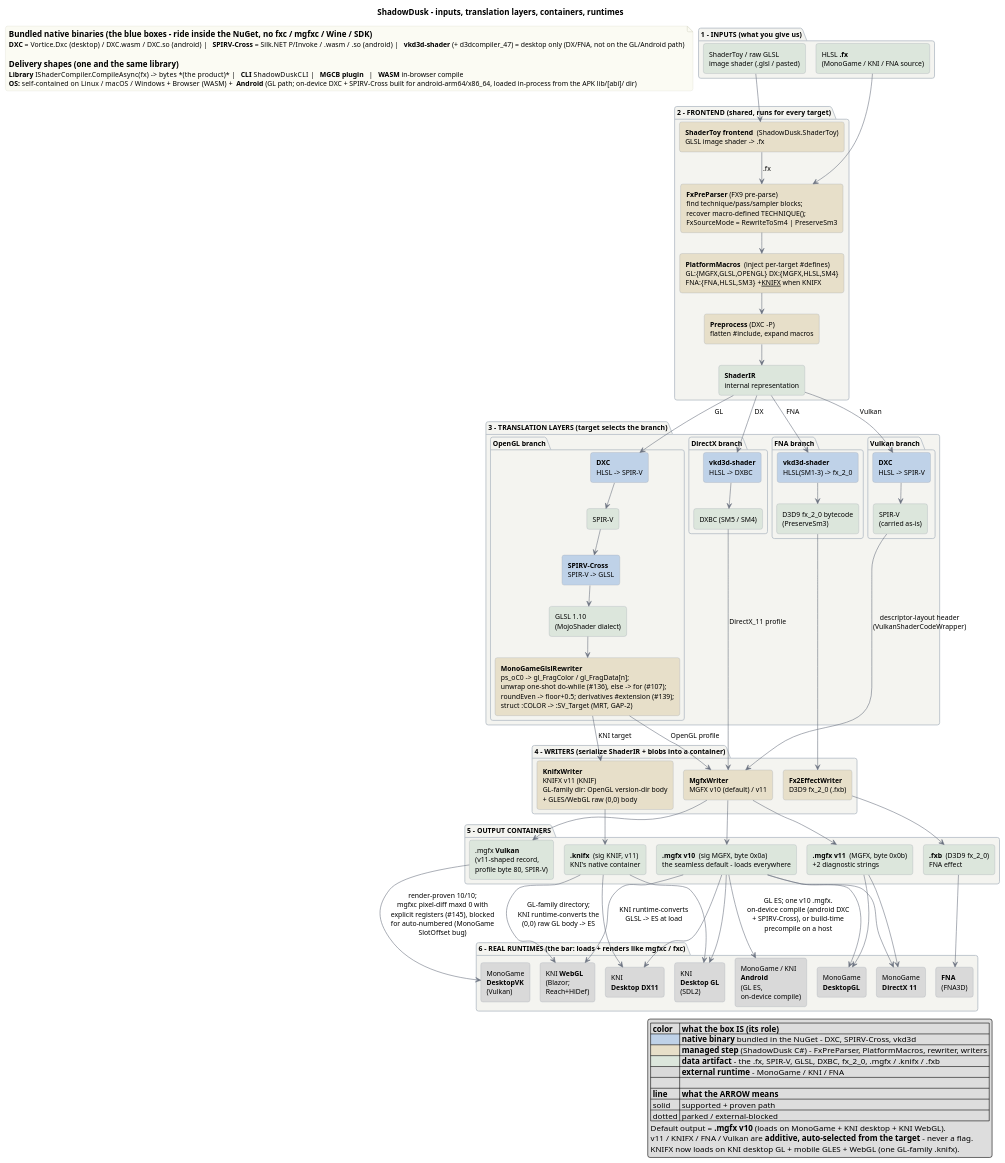
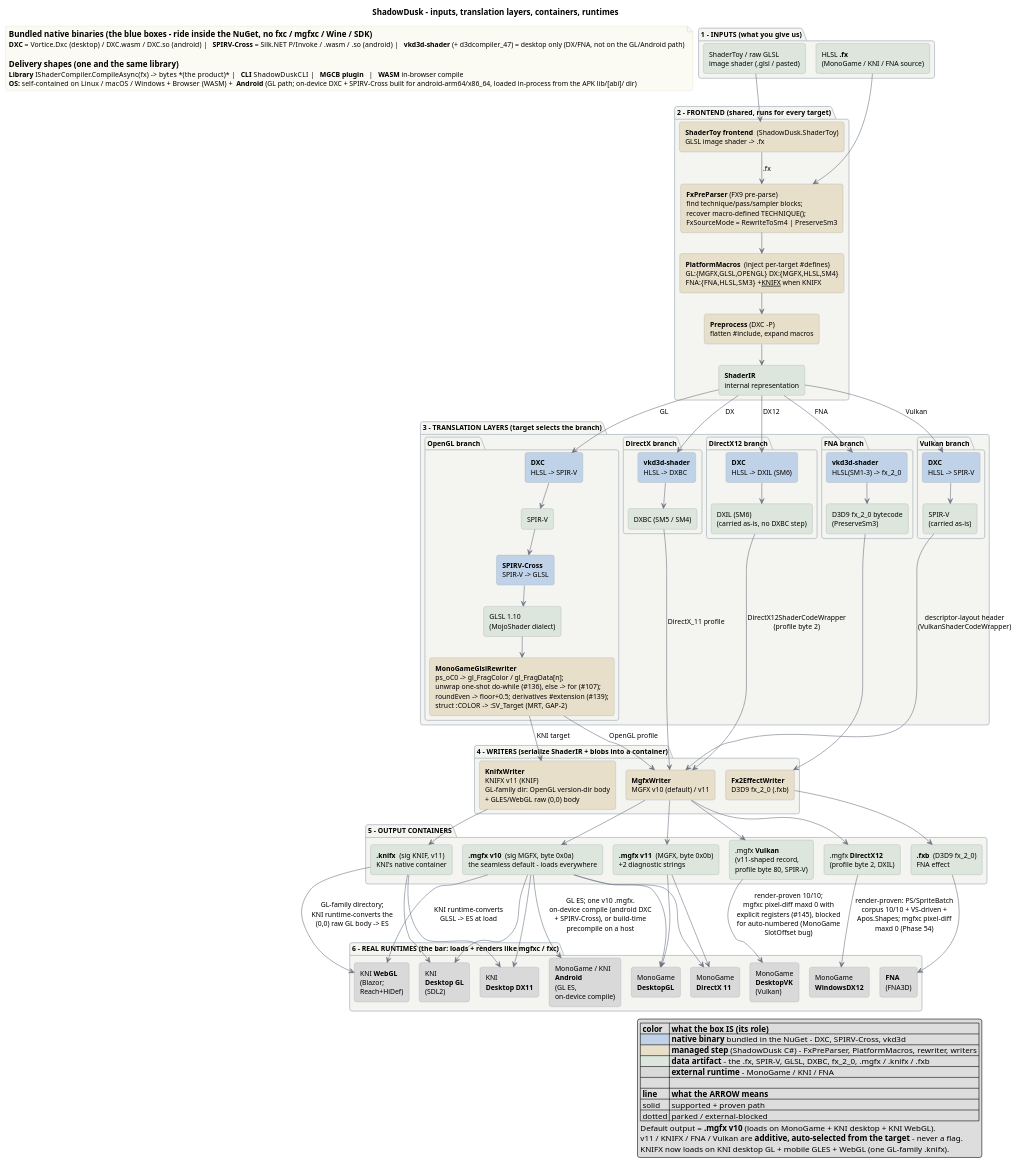
One commit to kaltinril/ShadowDusk changed the diagram in docs/pipeline-overview.puml. Above: the diagram before and after it, drawn with PlantUML. The commit also changed 1 other file, not shown here.

Commit message:
Add DirectX12 branch to the pipeline flow-chart diagram
The DX12 backend (Phase 54) was missing from docs/pipeline-overview.puml
per the support-surface docs rule (a new backend/target/container is a
triggering change). Adds the DirectX12 translation-layer branch (DXC ->
DXIL, no DXBC step), the .mgfx DirectX12 output container, and the
MonoGame WindowsDX12 runtime box, then regenerates
docfx/images/pipeline-overview.svg from the updated source.

```diff
--- a/docs/pipeline-overview.puml
+++ b/docs/pipeline-overview.puml
@@ -1,176 +1,188 @@
 @startuml pipeline-overview
 !pragma layout smetana
 ' ShadowDusk - full compile pipeline: inputs -> frontend -> per-target backends ->
 ' writers -> containers -> real runtimes (and the OS / delivery shapes).
 ' Render: VS Code PlantUML extension (Alt+D), or `plantuml docs/pipeline-overview.puml`.
 ' Uses Smetana layout so it renders without Graphviz; install Graphviz + drop the
 ' !pragma line above for a tidier `dot` layout.
 '
 ' COLOR = ROLE of the box (see the legend), consistent across every layer:
 '   #BFD2E8 blue  = bundled NATIVE binary (DXC / SPIRV-Cross / vkd3d)
 '   #E7DFC9 tan   = ShadowDusk MANAGED step (our C#: parser, macros, rewriter, writers)
 '   #DCE6DC sage  = DATA artifact (the bytes between steps + the input/output files)
 '   #D9D9D9 gray  = EXTERNAL runtime (MonoGame / KNI / FNA)
 ' Package boxes just group by pipeline LAYER and are kept neutral so the role colors read.
 
 title ShadowDusk - inputs, translation layers, containers, runtimes
 
 skinparam shadowing false
 skinparam roundCorner 8
 skinparam ArrowColor #6b7280
 skinparam defaultFontName "Segoe UI"
 skinparam defaultFontSize 12
 skinparam rectangle {
   BorderColor #9aa3ad
 }
 skinparam package {
   BackgroundColor #F4F4F0
   BorderColor #b8c0c8
   FontStyle bold
 }
 skinparam note {
   BackgroundColor #FBFBF3
   BorderColor #d8d8c8
 }
 
 ' ===== 1. INPUTS =====
 package "1 - INPUTS  (what you give us)" {
   rectangle "HLSL **.fx**\n(MonoGame / KNI / FNA source)" as FX #DCE6DC
   rectangle "ShaderToy / raw GLSL\nimage shader (.glsl / pasted)" as GLSLIN #DCE6DC
 }
 
 ' ===== 2. FRONTEND (shared) =====
 package "2 - FRONTEND  (shared, runs for every target)" {
   rectangle "**ShaderToy frontend**  (ShadowDusk.ShaderToy)\nGLSL image shader -> .fx" as STOY #E7DFC9
   rectangle "**FxPreParser** (FX9 pre-parse)\nfind technique/pass/sampler blocks;\nrecover macro-defined TECHNIQUE();\nFxSourceMode = RewriteToSm4 | PreserveSm3" as PRE #E7DFC9
   rectangle "**PlatformMacros**  (inject per-target #defines)\nGL:{MGFX,GLSL,OPENGL}  DX:{MGFX,HLSL,SM4}\nFNA:{FNA,HLSL,SM3}   +__KNIFX__ when KNIFX" as MAC #E7DFC9
   rectangle "**Preprocess** (DXC -P)\nflatten #include, expand macros" as PP #E7DFC9
   rectangle "**ShaderIR**\ninternal representation" as IR #DCE6DC
 }
 
 ' ===== 3. TRANSLATION LAYERS (tools inlined per branch) =====
 package "3 - TRANSLATION LAYERS  (target selects the branch)" {
 
   package "OpenGL branch" {
     rectangle "**DXC**\nHLSL -> SPIR-V" as GL_DXC #BFD2E8
     rectangle "SPIR-V" as GL_SPV #DCE6DC
     rectangle "**SPIRV-Cross**\nSPIR-V -> GLSL" as GL_SPVC #BFD2E8
     rectangle "GLSL 1.10\n(MojoShader dialect)" as GL_GLSL #DCE6DC
     rectangle "**MonoGameGlslRewriter**\nps_oC0 -> gl_FragColor / gl_FragData[n];\nunwrap one-shot do-while (#136), else -> for (#107);\nroundEven -> floor+0.5; derivatives #extension (#139);\nstruct :COLOR -> :SV_Target (MRT, GAP-2)" as GL_RW #E7DFC9
     GL_DXC -down-> GL_SPV
     GL_SPV -down-> GL_SPVC
     GL_SPVC -down-> GL_GLSL
     GL_GLSL -down-> GL_RW
   }
 
   package "DirectX branch" {
     rectangle "**vkd3d-shader**\nHLSL -> DXBC" as DX_VKD #BFD2E8
     rectangle "DXBC (SM5 / SM4)" as DX_DXBC #DCE6DC
     DX_VKD -down-> DX_DXBC
   }
 
+  package "DirectX12 branch" {
+    rectangle "**DXC**\nHLSL -> DXIL (SM6)" as DX12_DXC #BFD2E8
+    rectangle "DXIL (SM6)\n(carried as-is, no DXBC step)" as DX12_DXIL #DCE6DC
+    DX12_DXC -down-> DX12_DXIL
+  }
+
   package "FNA branch" {
     rectangle "**vkd3d-shader**\nHLSL(SM1-3) -> fx_2_0" as FNA_VKD #BFD2E8
     rectangle "D3D9 fx_2_0 bytecode\n(PreserveSm3)" as FNA_FX2 #DCE6DC
     FNA_VKD -down-> FNA_FX2
   }
 
   package "Vulkan branch" {
     rectangle "**DXC**\nHLSL -> SPIR-V" as VK_DXC #BFD2E8
     rectangle "SPIR-V\n(carried as-is)" as VK_SPV #DCE6DC
     VK_DXC -down-> VK_SPV
   }
 }
 
 ' ===== 4. WRITERS =====
 package "4 - WRITERS  (serialize ShaderIR + blobs into a container)" {
   rectangle "**MgfxWriter**\nMGFX v10 (default) / v11" as MGW #E7DFC9
   rectangle "**KnifxWriter**\nKNIFX v11 (KNIF)\nGL-family dir: OpenGL version-dir body\n+ GLES/WebGL raw (0,0) body" as KNW #E7DFC9
   rectangle "**Fx2EffectWriter**\nD3D9 fx_2_0 (.fxb)" as FXW #E7DFC9
 }
 
 ' ===== 5. OUTPUT CONTAINERS =====
 package "5 - OUTPUT CONTAINERS" {
   rectangle "**.mgfx v10**  (sig MGFX, byte 0x0a)\nthe seamless default - loads everywhere" as O_MGFX10 #DCE6DC
   rectangle "**.mgfx v11**  (MGFX, byte 0x0b)\n+2 diagnostic strings" as O_MGFX11 #DCE6DC
   rectangle "**.knifx**  (sig KNIF, v11)\nKNI's native container" as O_KNIFX #DCE6DC
   rectangle "**.fxb**  (D3D9 fx_2_0)\nFNA effect" as O_FXB #DCE6DC
   rectangle ".mgfx **Vulkan**\n(v11-shaped record,\nprofile byte 80, SPIR-V)" as O_MGFXVK #DCE6DC
+  rectangle ".mgfx **DirectX12**\n(profile byte 2, DXIL)" as O_MGFXDX12 #DCE6DC
 }
 
 ' ===== 6. REAL RUNTIMES =====
 package "6 - REAL RUNTIMES  (the bar: loads + renders like mgfxc / fxc)" {
   rectangle "KNI **WebGL**\n(Blazor;\nReach+HiDef)" as R_KNIWEB #D9D9D9
   rectangle "KNI\n**Desktop GL**\n(SDL2)" as R_KNIGL #D9D9D9
   rectangle "KNI\n**Desktop DX11**" as R_KNIDX #D9D9D9
   rectangle "MonoGame\n**DesktopGL**" as R_MGGL #D9D9D9
   rectangle "MonoGame\n**DirectX 11**" as R_MGDX #D9D9D9
+  rectangle "MonoGame\n**WindowsDX12**" as R_MGDX12 #D9D9D9
   rectangle "MonoGame\n**DesktopVK**\n(Vulkan)" as R_MGVK #D9D9D9
   rectangle "**FNA**\n(FNA3D)" as R_FNA #D9D9D9
   rectangle "MonoGame / KNI\n**Android**\n(GL ES,\non-device compile)" as R_ANDROID #D9D9D9
 }
 
 ' ===== FLOWS =====
 GLSLIN --> STOY
 STOY --> PRE : ".fx"
 FX --> PRE
 PRE --> MAC
 MAC --> PP
 PP --> IR
 
 IR --> GL_DXC : "GL"
 IR --> DX_VKD : "DX"
+IR --> DX12_DXC : "DX12"
 IR --> FNA_VKD : "FNA"
 IR --> VK_DXC : "Vulkan"
 
 GL_RW --> MGW : "OpenGL profile"
 GL_RW --> KNW : "KNI target"
 DX_DXBC --> MGW : "DirectX_11 profile"
+DX12_DXIL --> MGW : "DirectX12ShaderCodeWrapper\n(profile byte 2)"
 FNA_FX2 --> FXW
 VK_SPV --> MGW : "descriptor-layout header\n(VulkanShaderCodeWrapper)"
 
 MGW --> O_MGFX10
 MGW --> O_MGFX11
 MGW --> O_MGFXVK
+MGW --> O_MGFXDX12
 KNW --> O_KNIFX
 FXW --> O_FXB
 
 O_MGFX10 --> R_MGGL
 O_MGFX10 --> R_MGDX
 O_MGFX10 --> R_KNIGL
 O_MGFX10 --> R_KNIDX
 O_MGFX10 --> R_KNIWEB : "KNI runtime-converts\nGLSL -> ES at load"
 O_MGFX11 --> R_MGGL
 O_MGFX11 --> R_MGDX
 O_KNIFX --> R_KNIGL
 O_KNIFX --> R_KNIDX
 O_KNIFX --> R_KNIWEB : "GL-family directory;\nKNI runtime-converts the\n(0,0) raw GL body -> ES"
 O_FXB --> R_FNA
 O_MGFXVK --> R_MGVK : "render-proven 10/10;\nmgfxc pixel-diff maxd 0 with\nexplicit registers (#145), blocked\nfor auto-numbered (MonoGame\nSlotOffset bug)"
+O_MGFXDX12 --> R_MGDX12 : "render-proven: PS/SpriteBatch\ncorpus 10/10 + VS-driven +\nApos.Shapes; mgfxc pixel-diff\nmaxd 0 (Phase 54)"
 O_MGFX10 --> R_ANDROID : "GL ES; one v10 .mgfx.\non-device compile (android DXC\n+ SPIRV-Cross), or build-time\nprecompile on a host"
 
 note as N1
 == Bundled native binaries (the blue boxes - ride inside the NuGet, no fxc / mgfxc / Wine / SDK)
 **DXC** = Vortice.Dxc (desktop) / DXC.wasm / DXC.so (android)   |   **SPIRV-Cross** = Silk.NET P/Invoke / .wasm / .so (android)   |   **vkd3d-shader** (+ d3dcompiler_47) = desktop only (DX/FNA, not on the GL/Android path)
 
 == Delivery shapes (one and the same library)
 **Library** IShaderCompiler.CompileAsync(fx) -> bytes  *(the product)*   |   **CLI** ShadowDuskCLI   |   **MGCB plugin**   |   **WASM** in-browser compile
 **OS:** self-contained on Linux / macOS / Windows  +  Browser (WASM)  +  **Android** (GL path; on-device DXC + SPIRV-Cross built for android-arm64/x86_64, loaded in-process from the APK lib/[abi]/ dir)
 end note
 
 legend right
   |= color |= what the box IS (its role) |
   |<#BFD2E8>          | **native binary** bundled in the NuGet - DXC, SPIRV-Cross, vkd3d |
   |<#E7DFC9>          | **managed step** (ShadowDusk C#) - FxPreParser, PlatformMacros, rewriter, writers |
   |<#DCE6DC>          | **data artifact** - the .fx, SPIR-V, GLSL, DXBC, fx_2_0, .mgfx / .knifx / .fxb |
   |<#D9D9D9>          | **external runtime** - MonoGame / KNI / FNA |
   |          |          |
   |= line |= what the ARROW means |
   | solid | supported + proven path |
   | dotted | parked / external-blocked |
   Default output = **.mgfx v10** (loads on MonoGame + KNI desktop + KNI WebGL).
   v11 / KNIFX / FNA / Vulkan are **additive, auto-selected from the target** - never a flag.
   KNIFX now loads on KNI desktop GL + mobile GLES + WebGL (one GL-family .knifx).
 endlegend
 
 @enduml
```
